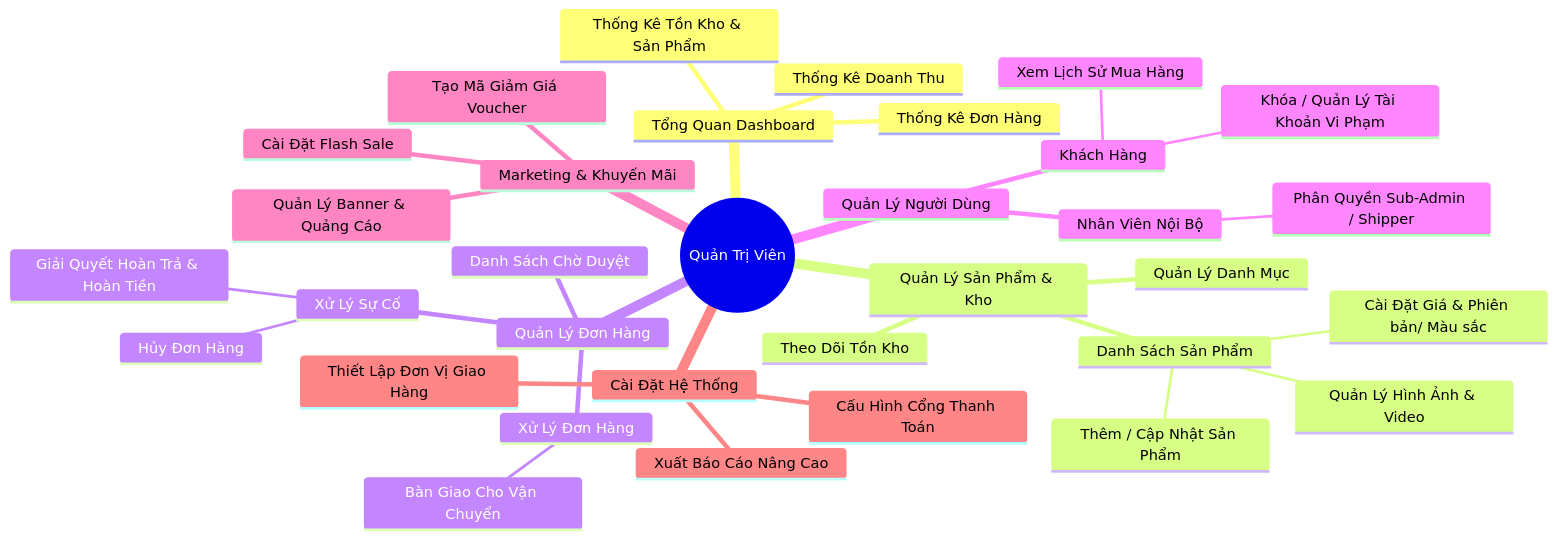
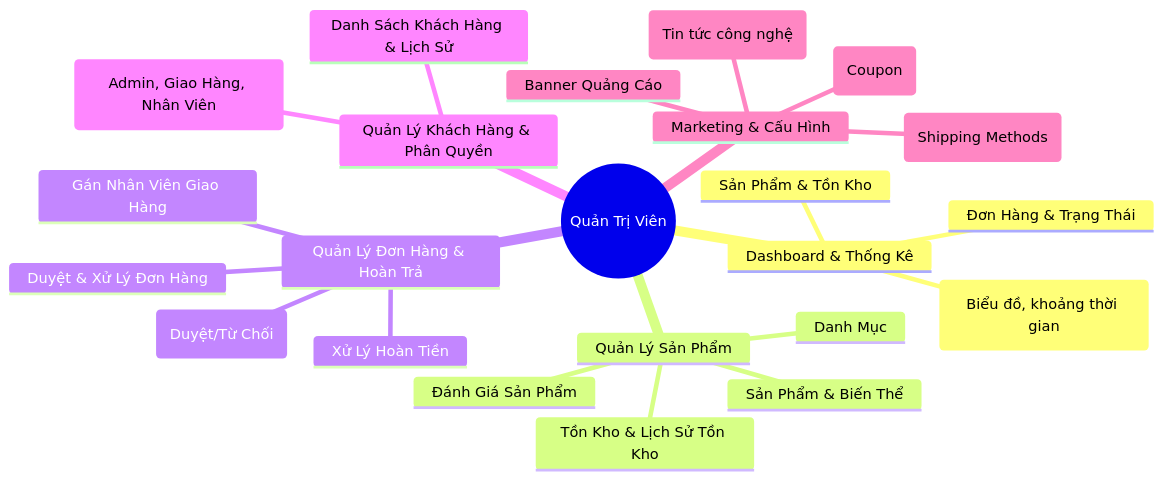
Before and after one commit to hoang07042005/E-Tech-Market: the second of 7 diagrams in USER_FLOWS.md, drawn with Mermaid. The commit also changed other lines of this file, not shown here.

````diff
--- a/USER_FLOWS.md
+++ b/USER_FLOWS.md
@@ -45,36 +44,26 @@
 ```mermaid
 mindmap
   root((Quản Trị Viên))
-    Tổng Quan Dashboard
-      Thống Kê Doanh Thu
-      Thống Kê Đơn Hàng
-      Thống Kê Tồn Kho & Sản Phẩm
-    Quản Lý Sản Phẩm & Kho
-      Quản Lý Danh Mục
-      Danh Sách Sản Phẩm
-        Thêm / Cập Nhật Sản Phẩm
-        Quản Lý Hình Ảnh & Video
-        Cài Đặt Giá & Phiên bản/ Màu sắc
-      Theo Dõi Tồn Kho
-    Quản Lý Đơn Hàng
-      Danh Sách Chờ Duyệt
-      Xử Lý Đơn Hàng
-        Bàn Giao Cho Vận Chuyển
-      Xử Lý Sự Cố
-        Hủy Đơn Hàng
-        Giải Quyết Hoàn Trả & Hoàn Tiền
-    Quản Lý Người Dùng
-      Khách Hàng
-        Xem Lịch Sử Mua Hàng
-        Khóa / Quản Lý Tài Khoản Vi Phạm
-      Nhân Viên Nội Bộ
-        Phân Quyền Sub-Admin / Shipper
-    Marketing & Khuyến Mãi
-      Tạo Mã Giảm Giá Voucher
-      Cài Đặt Flash Sale
-      Quản Lý Banner & Quảng Cáo
-    Cài Đặt Hệ Thống
-      Cấu Hình Cổng Thanh Toán
-      Thiết Lập Đơn Vị Giao Hàng
-      Xuất Báo Cáo Nâng Cao
+    Dashboard & Thống Kê
+      Doanh Thu (Biểu đồ, khoảng thời gian)
+      Đơn Hàng & Trạng Thái
+      Sản Phẩm & Tồn Kho
+    Quản Lý Sản Phẩm
+      Danh Mục
+      Sản Phẩm & Biến Thể
+      Tồn Kho & Lịch Sử Tồn Kho
+      Đánh Giá Sản Phẩm
+    Quản Lý Đơn Hàng & Hoàn Trả
+      Duyệt & Xử Lý Đơn Hàng
+      Gán Nhân Viên Giao Hàng
+      Quản Lý Yêu Cầu Hoàn Trả (Duyệt/Từ Chối)
+      Xử Lý Hoàn Tiền
+    Quản Lý Khách Hàng & Phân Quyền
+      Danh Sách Khách Hàng & Lịch Sử
+      Quản Lý Vai Trò (Admin, Giao Hàng, Nhân Viên)
+    Marketing & Cấu Hình
+      Mã Giảm Giá (Coupon)
+      Banner Quảng Cáo
+      Bài Viết (Tin tức công nghệ)
+      Cấu Hình Vận Chuyển (Shipping Methods)
 ```
````
